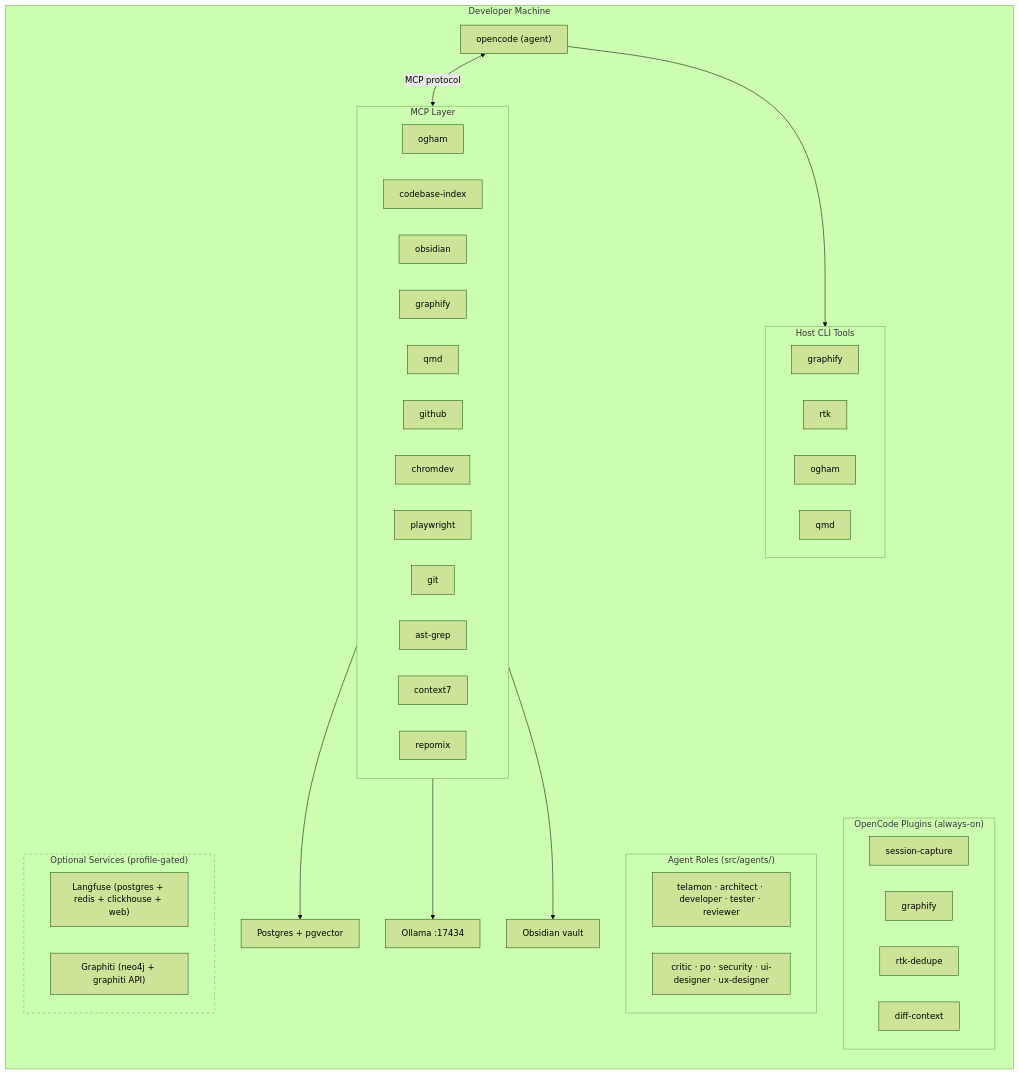
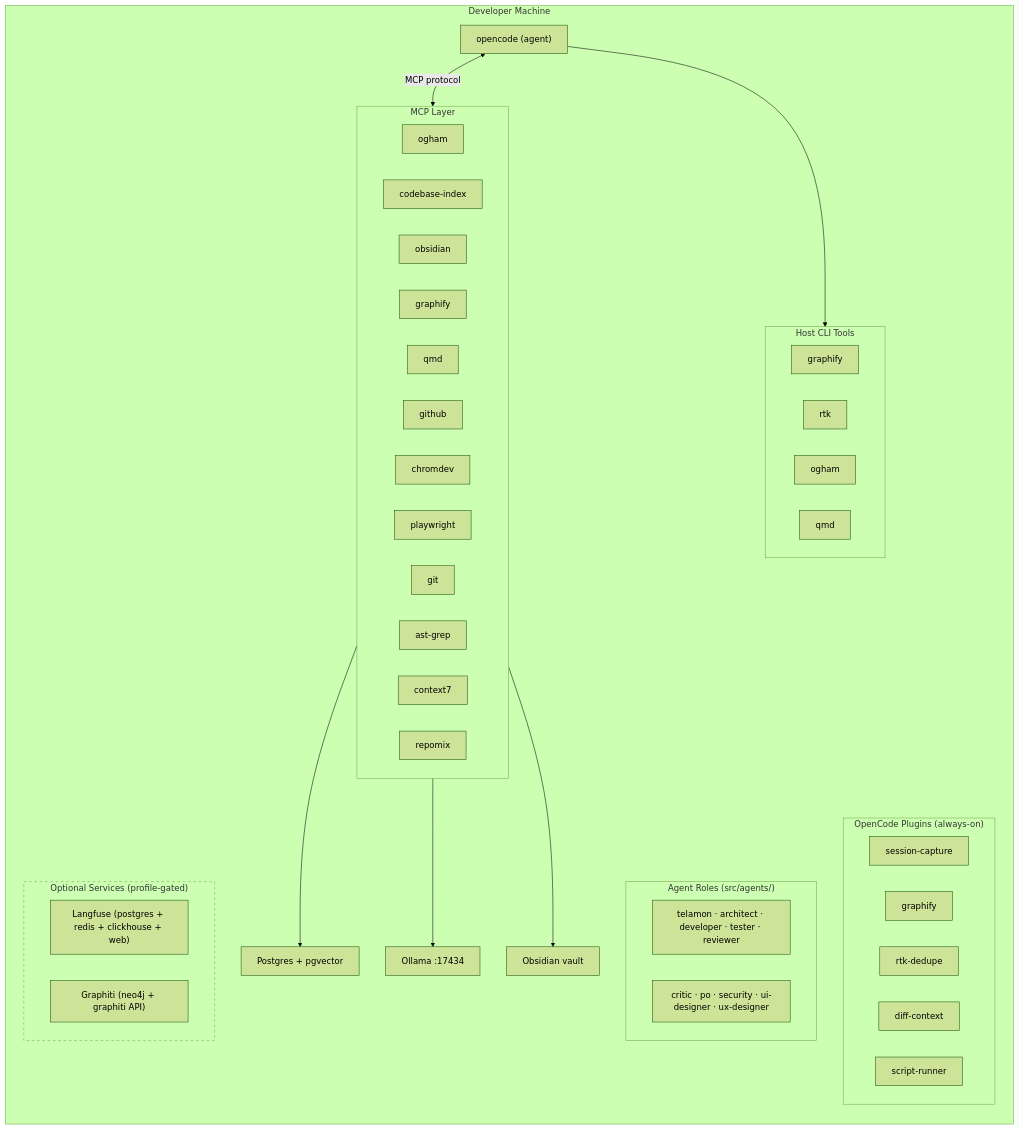
One commit to hgraca/telamon changed the diagram in docs/architecture.md. Above: the diagram before and after it, drawn with Mermaid (forest theme). The commit also changed 9 other files, not shown here.

Commit message:
feat: add scripts as module type and document script runner

````diff
--- a/docs/architecture.md
+++ b/docs/architecture.md
@@ -14,55 +14,56 @@
 ```mermaid
 flowchart TB
     subgraph dev["Developer Machine"]
         direction TB
 
         oc["opencode (agent)"] <-->|"MCP protocol"| mcp
 
         subgraph mcp["MCP Layer"]
             ogham_m["ogham"]
             cbi["codebase-index"]
             obs_m["obsidian"]
             gf_m["graphify"]
             qmd_m["qmd"]
             gh_m["github"]
             cd_m["chromdev"]
             pw_m["playwright"]
             git_m["git"]
             ag_m["ast-grep"]
             c7_m["context7"]
             rm_m["repomix"]
         end
 
         mcp --> pg["Postgres + pgvector"]
         mcp --> ol["Ollama :17434"]
         mcp --> vault["Obsidian vault"]
 
         oc --> cli
 
         subgraph cli["Host CLI Tools"]
             cli_g["graphify"]
             cli_r["rtk"]
             cli_o["ogham"]
             cli_q["qmd"]
         end
 
         subgraph plugins["OpenCode Plugins (always-on)"]
             p_sc["session-capture"]
             p_gf["graphify"]
             p_rd["rtk-dedupe"]
             p_dc["diff-context"]
+            p_sr["script-runner"]
         end
 
         subgraph agents["Agent Roles (src/agents/)"]
             a1["telamon · architect · developer · tester · reviewer"]
             a2["critic · po · security · ui-designer · ux-designer"]
         end
 
         subgraph optional["Optional Services (profile-gated)"]
             o_lf["Langfuse (postgres + redis + clickhouse + web)"]
             o_gr["Graphiti (neo4j + graphiti API)"]
         end
     end
 
     style optional stroke-dasharray: 5 5
 ```
````
